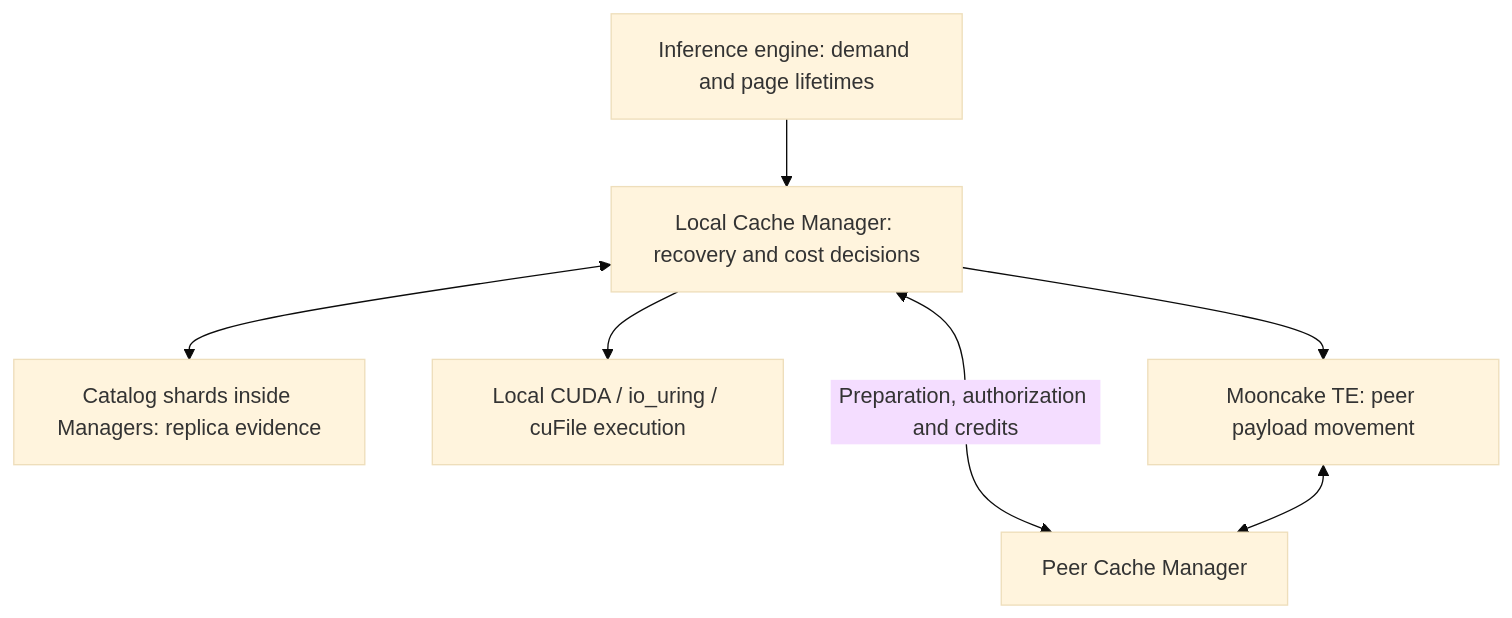
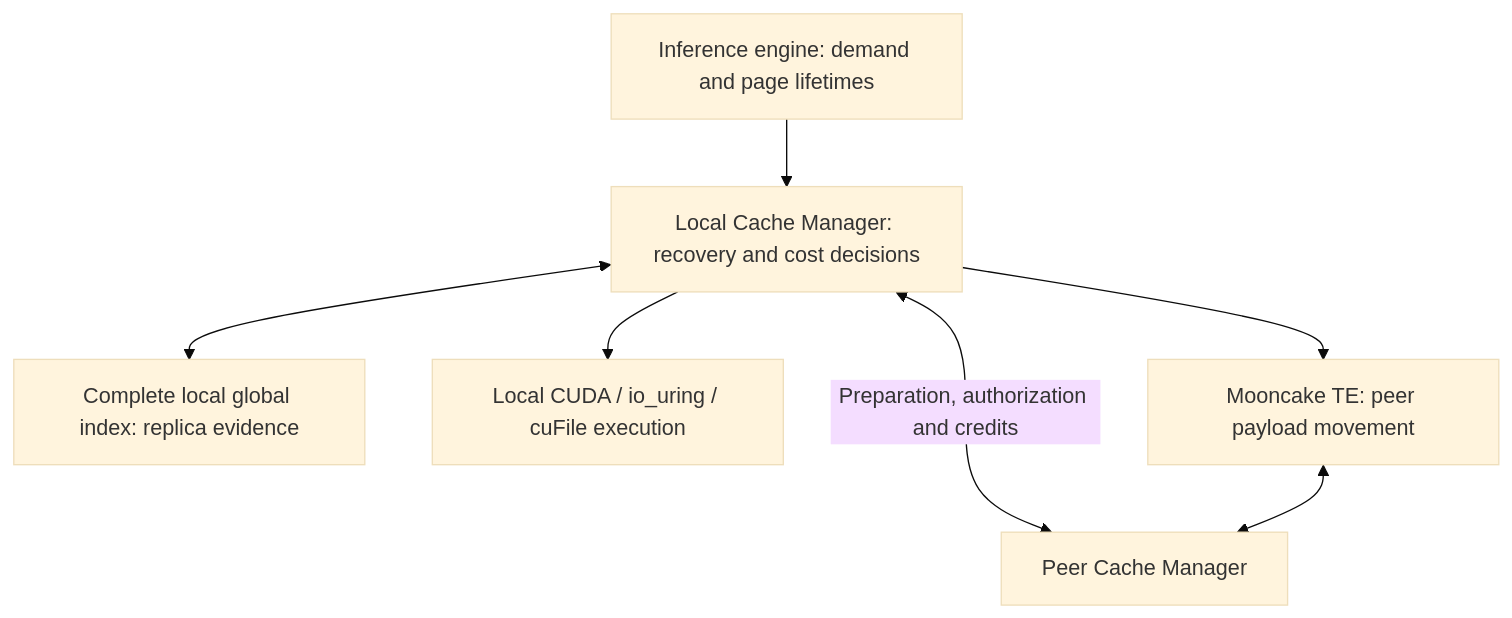
The first of 3 diagrams in docs/state-planning.md (feichai0017/orbitkv), drawn with Mermaid (base theme) before and after one commit. The commit also changed other lines of this file and 99 other files, not shown here.

Commit message:
refactor: replace sharded catalog with etcd-backed local indexes

````diff
--- a/docs/state-planning.md
+++ b/docs/state-planning.md
@@ -31,9 +31,9 @@
 ```mermaid
 flowchart TB
     E["Inference engine: demand and page lifetimes"] --> M["Local Cache Manager: recovery and cost decisions"]
-    M <--> C["Catalog shards inside Managers: replica evidence"]
+    M <--> C["Complete local global index: replica evidence"]
     M <-->|"Preparation, authorization and credits"| P["Peer Cache Manager"]
     M --> L["Local CUDA / io_uring / cuFile execution"]
     M --> T["Mooncake TE: peer payload movement"]
     T <--> P
 ```
````
